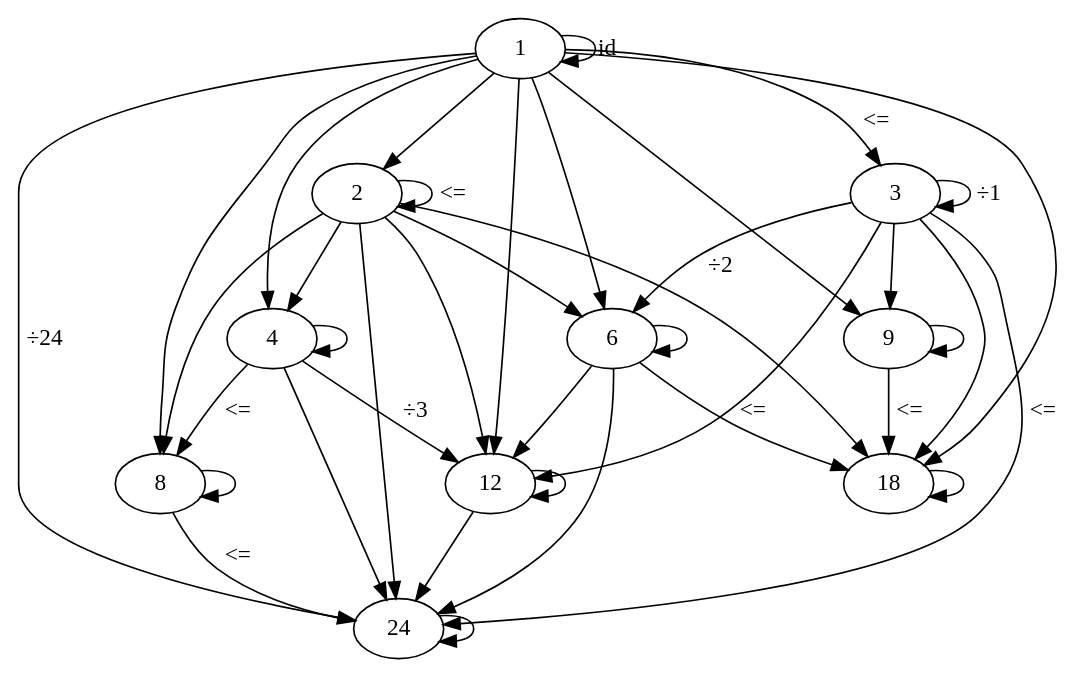
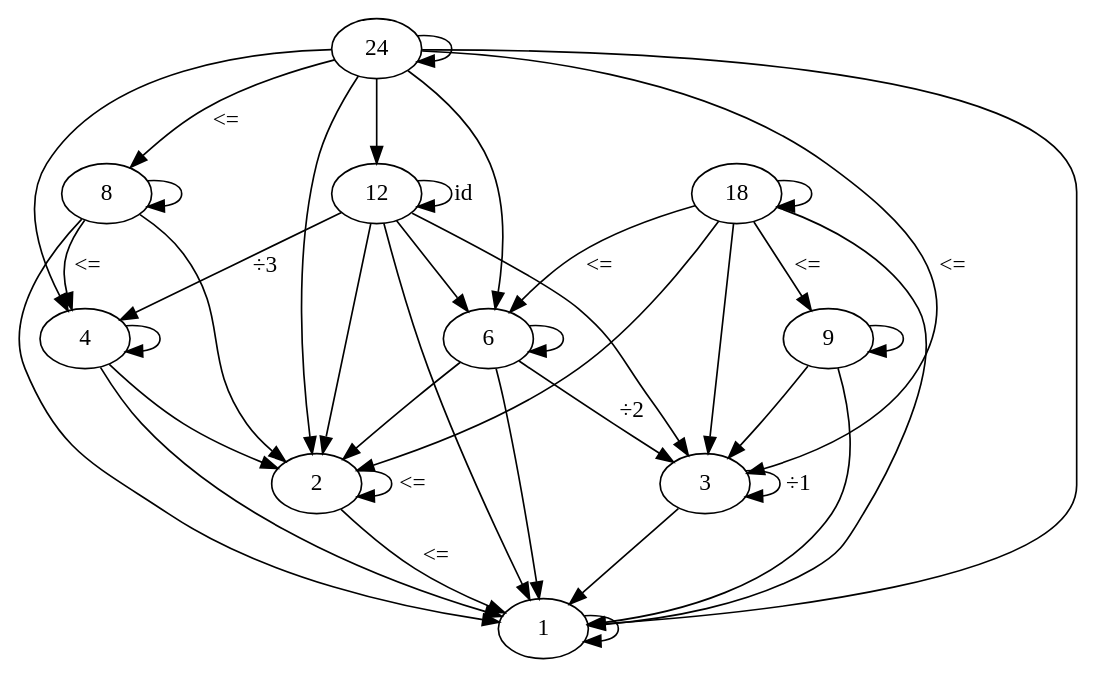
The second of 7 diagrams in 105-Products-and-Coproducts.md (awalterschulze/category-theory-for-programmers-challenges), drawn with Graphviz before and after one commit. The commit also changed other lines of this file and 3 other files, not shown here.

````diff
--- a/105-Products-and-Coproducts.md
+++ b/105-Products-and-Coproducts.md
@@ -60,43 +60,43 @@
 ```dot
 digraph G {
-    1 -> 1 [label="id"]
-    1 -> 2
-    1 -> 3 [label="<="]
-    1 -> 4
-    1 -> 6
-    1 -> 8
-    1 -> 9
-    1 -> 12
-    1 -> 18
-    1 -> 24 [label="÷24"]
+    1 -> 1 
+    2 -> 1 [label="<="]
     2 -> 2 [label="<="]
-    2 -> 4
-    2 -> 6
-    2 -> 8
-    2 -> 12
-    2 -> 18
-    2 -> 24
+    3 -> 1
     3 -> 3 [label="÷1"]
-    3 -> 6 [label="÷2"]
-    3 -> 9
-    3 -> 12
-    3 -> 18
-    3 -> 24 [label="<="]
+    4 -> 1
+    4 -> 2
     4 -> 4
-    4 -> 8 [label="<="]
-    4 -> 12 [label="÷3"]
-    4 -> 24
+    6 -> 1
+    6 -> 2
+    6 -> 3 [label="÷2"]    
     6 -> 6
-    6 -> 12
-    6 -> 18 [label="<="]
-    6 -> 24
+    8 -> 1
+    8 -> 2
+    8 -> 4 [label="<="]
     8 -> 8
-    8 -> 24 [label="<="]
+    9 -> 1
+    9 -> 3
     9 -> 9
-    9 -> 18 [label="<="]
-    12 -> 12
-    12 -> 24
+    12 -> 1
+    12 -> 2
+    12 -> 3
+    12 -> 4 [label="÷3"]
+    12 -> 6
+    12 -> 12 [label="id"]
+    18 -> 1
+    18 -> 2
+    18 -> 3
+    18 -> 6 [label="<="]
+    18 -> 9 [label="<="]
     18 -> 18
+    24 -> 1
+    24 -> 2
+    24 -> 3 [label="<="]
+    24 -> 4
+    24 -> 6
+    24 -> 8 [label="<="]
+    24 -> 12
     24 -> 24
 }
 ```
````
